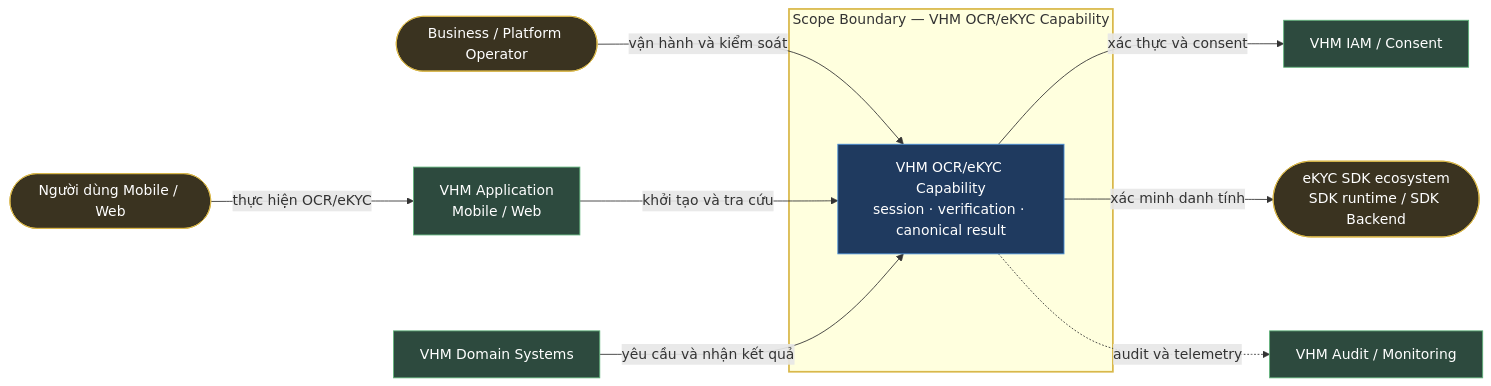
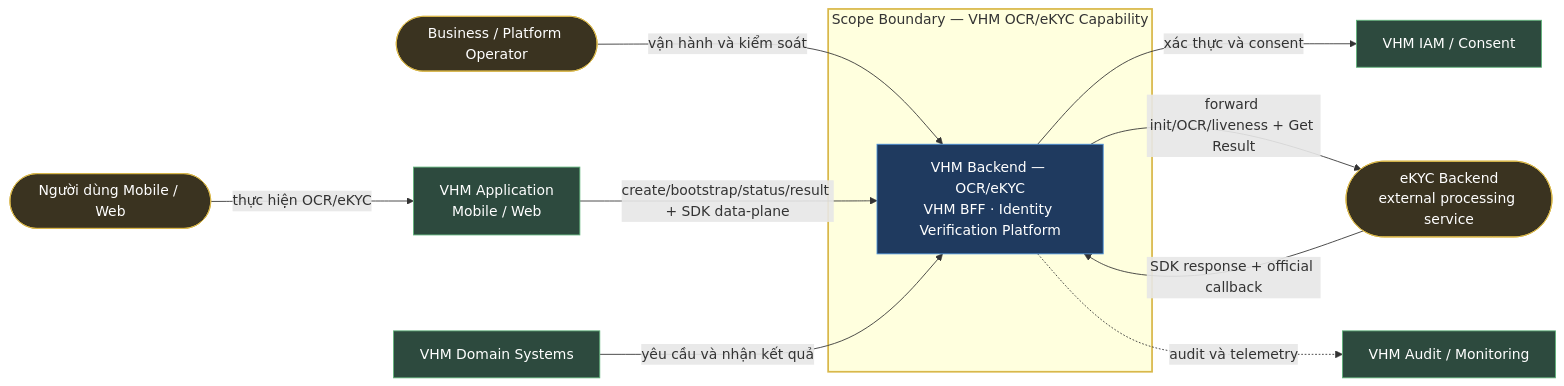
Before and after one commit to huynv-xyz/vhm: the first of 23 diagrams in README.md, drawn with Mermaid. The commit also changed other lines of this file, not shown here.

````diff
--- a/README.md
+++ b/README.md
@@ -325,27 +353,28 @@
 ```mermaid
 flowchart LR
     USER(["Người dùng Mobile / Web"]):::entity
     OPS(["Business / Platform Operator"]):::entity
     APP["VHM Application<br/>Mobile / Web"]:::owned
     DOMAIN["VHM Domain Systems"]:::owned
     IAM["VHM IAM / Consent"]:::owned
     OBS["VHM Audit / Monitoring"]:::owned
-    PROVIDER(["eKYC SDK ecosystem<br/>SDK runtime / SDK Backend"]):::entity
+    PROVIDER(["eKYC Backend<br/>external processing service"]):::entity
 
     subgraph SCOPE["Scope Boundary — VHM OCR/eKYC Capability"]
-        CORE["VHM OCR/eKYC Capability<br/>session · verification · canonical result"]:::bc
+        CORE["VHM Backend — OCR/eKYC<br/>VHM BFF · Identity Verification Platform"]:::bc
     end
 
     USER -->|thực hiện OCR/eKYC| APP
     OPS -->|vận hành và kiểm soát| CORE
-    APP -->|khởi tạo và tra cứu| CORE
+    APP -->|create/bootstrap/status/result + SDK data-plane| CORE
     DOMAIN -->|yêu cầu và nhận kết quả| CORE
     CORE -->|xác thực và consent| IAM
-    CORE -->|xác minh danh tính| PROVIDER
+    CORE -->|forward init/OCR/liveness + Get Result| PROVIDER
+    PROVIDER -->|SDK response + official callback| CORE
     CORE -.->|audit và telemetry| OBS
 
     style SCOPE stroke:#d9b84a,stroke-width:2px
     classDef bc fill:#1f3a5f,stroke:#4a90d9,color:#fff;
     classDef owned fill:#2d4a3e,stroke:#5fb37a,color:#fff;
     classDef entity fill:#3a3320,stroke:#d9b84a,color:#fff;
 ```
````
